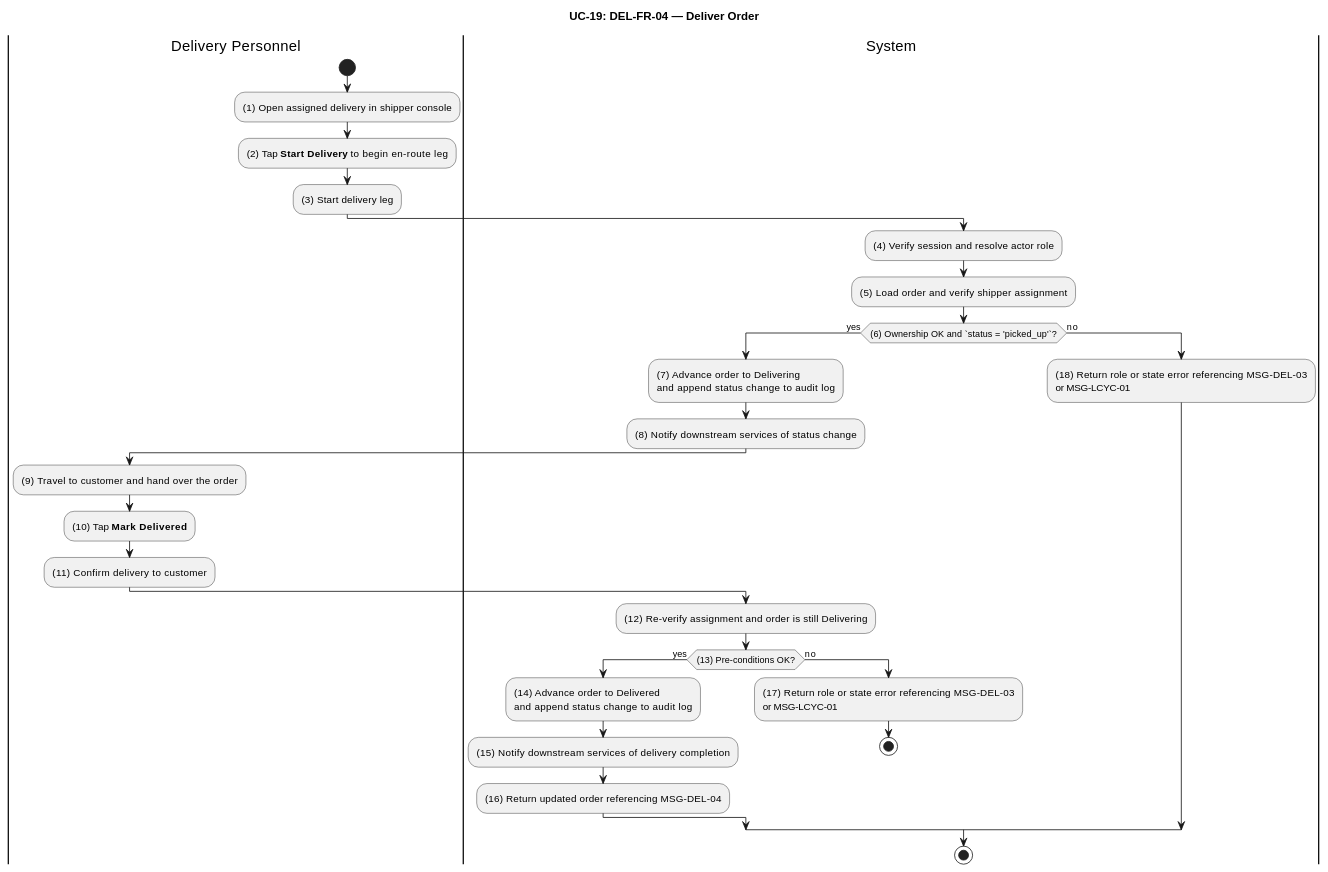
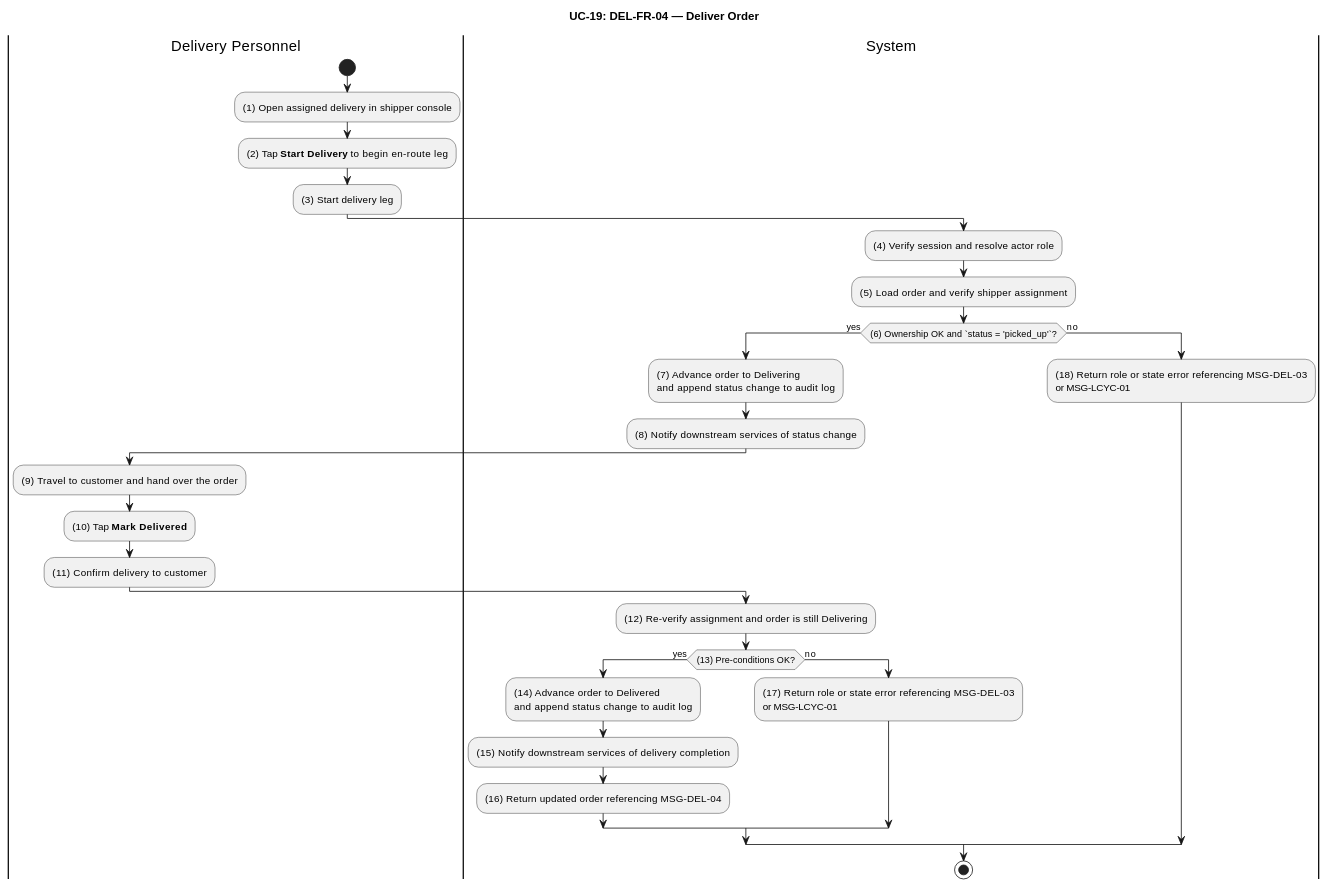
Before and after one commit to luubinhdeptrai/Food_Delivery: diagram 19 of 35 in apps/api/docs/Final_Documents/SRS_FoodDelivery.md, drawn with PlantUML. The commit also changed other lines of this file, not shown here.

````diff
--- a/apps/api/docs/Final_Documents/SRS_FoodDelivery.md
+++ b/apps/api/docs/Final_Documents/SRS_FoodDelivery.md
@@ -1512,39 +1499,38 @@
 ```plantuml
 @startuml UC19-DeliverOrder
 title UC-19: DEL-FR-04 — Deliver Order
 skinparam ConditionEndStyle hline
 
 |Delivery Personnel|
 start
 :(1) Open assigned delivery in shipper console;
 :(2) Tap **Start Delivery** to begin en-route leg;
 :(3) Start delivery leg;
 
 |System|
 :(4) Verify session and resolve actor role;
 :(5) Load order and verify shipper assignment;
 if ((6) Ownership OK and `status = 'picked_up'`?) then (yes)
   :(7) Advance order to Delivering\nand append status change to audit log;
   :(8) Notify downstream services of status change;
 
   |Delivery Personnel|
   :(9) Travel to customer and hand over the order;
   :(10) Tap **Mark Delivered**;
   :(11) Confirm delivery to customer;
 
   |System|
   :(12) Re-verify assignment and order is still Delivering;
   if ((13) Pre-conditions OK?) then (yes)
     :(14) Advance order to Delivered\nand append status change to audit log;
     :(15) Notify downstream services of delivery completion;
     :(16) Return updated order referencing MSG-DEL-04;
   else (no)
     :(17) Return role or state error referencing MSG-DEL-03\nor MSG-LCYC-01;
-    stop
-  endif
+endif
 else (no)
   :(18) Return role or state error referencing MSG-DEL-03\nor MSG-LCYC-01;
 endif
 stop
 @enduml
 ```
````
